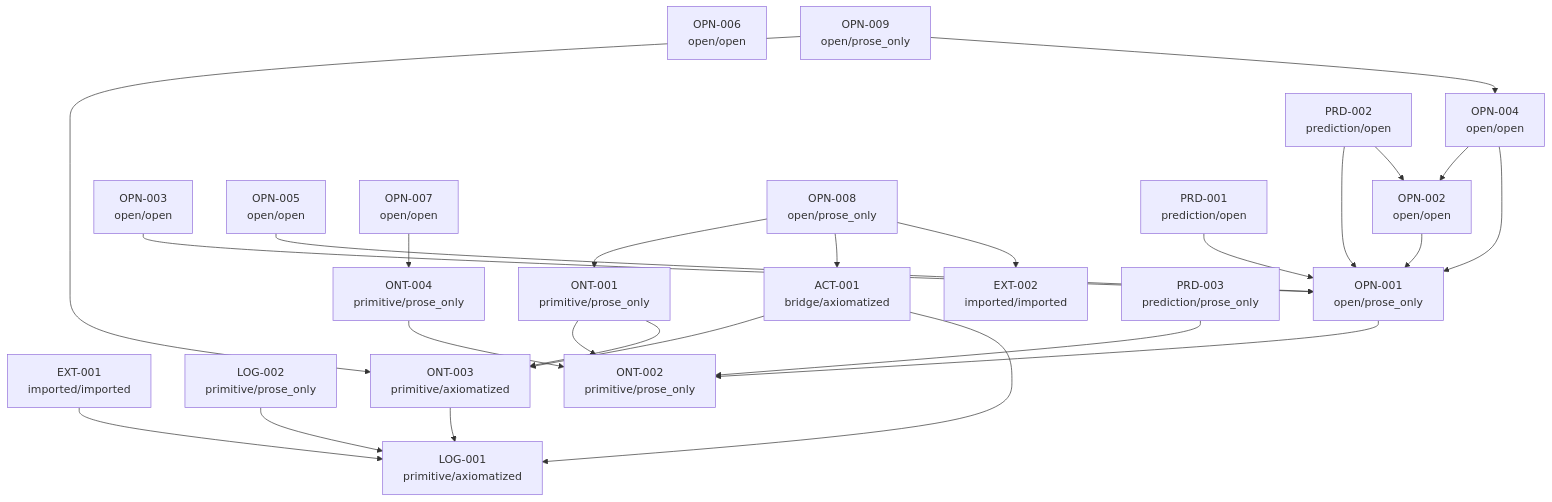
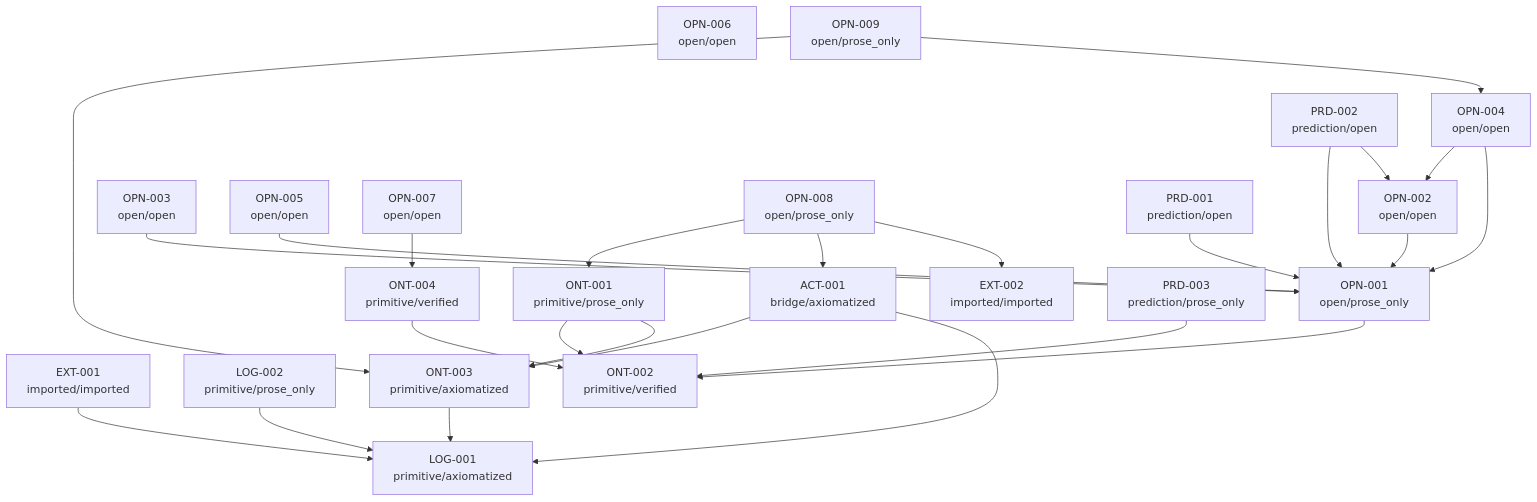
One commit to jdlongmire/triadic-reality-theory changed the diagram in traceability/generated/dependency-graph.mmd. Above: the diagram before and after it, drawn with Mermaid. The commit also changed 4 other files, not shown here.

First line of the commit message:
traceability: ONT-002 and ONT-004 proof_status to verified (CPIT Lean formalization)

```diff
--- a/traceability/generated/dependency-graph.mmd
+++ b/traceability/generated/dependency-graph.mmd
@@ -1,46 +1,46 @@
 graph TD
   ACT-001["ACT-001<br/>bridge/axiomatized"]
   EXT-001["EXT-001<br/>imported/imported"]
   EXT-002["EXT-002<br/>imported/imported"]
   LOG-001["LOG-001<br/>primitive/axiomatized"]
   LOG-002["LOG-002<br/>primitive/prose_only"]
   ONT-001["ONT-001<br/>primitive/prose_only"]
-  ONT-002["ONT-002<br/>primitive/prose_only"]
+  ONT-002["ONT-002<br/>primitive/verified"]
   ONT-003["ONT-003<br/>primitive/axiomatized"]
-  ONT-004["ONT-004<br/>primitive/prose_only"]
+  ONT-004["ONT-004<br/>primitive/verified"]
   OPN-001["OPN-001<br/>open/prose_only"]
   OPN-002["OPN-002<br/>open/open"]
   OPN-003["OPN-003<br/>open/open"]
   OPN-004["OPN-004<br/>open/open"]
   OPN-005["OPN-005<br/>open/open"]
   OPN-006["OPN-006<br/>open/open"]
   OPN-007["OPN-007<br/>open/open"]
   OPN-008["OPN-008<br/>open/prose_only"]
   OPN-009["OPN-009<br/>open/prose_only"]
   PRD-001["PRD-001<br/>prediction/open"]
   PRD-002["PRD-002<br/>prediction/open"]
   PRD-003["PRD-003<br/>prediction/prose_only"]
   ACT-001 --> ONT-003
   ACT-001 --> LOG-001
   EXT-001 --> LOG-001
   LOG-002 --> LOG-001
   ONT-001 --> ONT-002
   ONT-001 --> ONT-003
   ONT-003 --> LOG-001
   ONT-004 --> ONT-002
   OPN-001 --> ONT-002
   OPN-002 --> OPN-001
   OPN-003 --> OPN-001
   OPN-004 --> OPN-002
   OPN-004 --> OPN-001
   OPN-005 --> OPN-001
   OPN-007 --> ONT-004
   OPN-008 --> ONT-001
   OPN-008 --> ACT-001
   OPN-008 --> EXT-002
   OPN-009 --> ONT-003
   OPN-009 --> OPN-004
   PRD-001 --> OPN-001
   PRD-002 --> OPN-001
   PRD-002 --> OPN-002
   PRD-003 --> ONT-002
```
